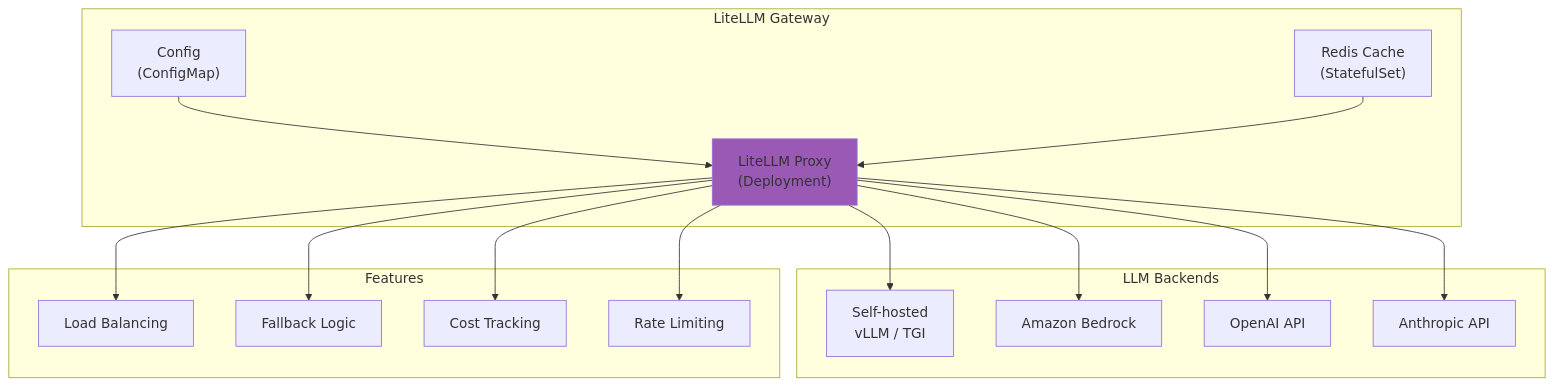
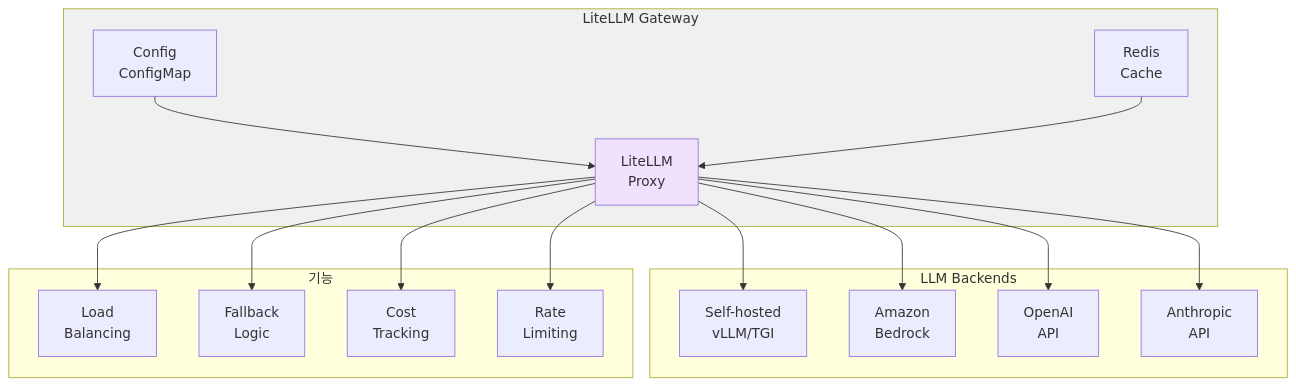
Before and after one commit to devfloor9/engineering-playbook: diagram 12 of 16 in docs/agentic-ai-platform/design-architecture/agentic-ai-challenges.md, drawn with Mermaid. The commit also changed other lines of this file and 24 other files, not shown here.

````diff
--- a/docs/agentic-ai-platform/design-architecture/agentic-ai-challenges.md
+++ b/docs/agentic-ai-platform/design-architecture/agentic-ai-challenges.md
@@ -600,29 +623,36 @@
 ```mermaid
-graph TB
-    subgraph "LiteLLM Gateway"
-        PROXY["LiteLLM Proxy<br/>(Deployment)"]
-        CONFIG["Config<br/>(ConfigMap)"]
-        CACHE["Redis Cache<br/>(StatefulSet)"]
+flowchart TD
+    subgraph Gateway["LiteLLM Gateway"]
+        PROXY["LiteLLM<br/>Proxy"]
+        CONFIG["Config<br/>ConfigMap"]
+        CACHE["Redis<br/>Cache"]
     end
 
-    subgraph "LLM Backends"
-        SELF["Self-hosted<br/>vLLM / TGI"]
-        BEDROCK["Amazon Bedrock"]
-        OPENAI["OpenAI API"]
-        ANTHROPIC["Anthropic API"]
+    subgraph Backends["LLM Backends"]
+        SELF["Self-hosted<br/>vLLM/TGI"]
+        BEDROCK["Amazon<br/>Bedrock"]
+        OPENAI["OpenAI<br/>API"]
+        ANTHROPIC["Anthropic<br/>API"]
     end
 
-    subgraph "Features"
-        LB["Load Balancing"]
-        FALLBACK["Fallback Logic"]
-        COST["Cost Tracking"]
-        RATE["Rate Limiting"]
+    subgraph Features["기능"]
+        LB["Load<br/>Balancing"]
+        FALLBACK["Fallback<br/>Logic"]
+        COST["Cost<br/>Tracking"]
+        RATE["Rate<br/>Limiting"]
     end
 
-    PROXY --> SELF & BEDROCK & OPENAI & ANTHROPIC
     CONFIG --> PROXY
     CACHE --> PROXY
-    PROXY --> LB & FALLBACK & COST & RATE
+    PROXY --> SELF
+    PROXY --> BEDROCK
+    PROXY --> OPENAI
+    PROXY --> ANTHROPIC
+    PROXY --> LB
+    PROXY --> FALLBACK
+    PROXY --> COST
+    PROXY --> RATE
 
-    style PROXY fill:#9b59b6
+    style PROXY fill:#f0e1ff
+    style Gateway fill:#f0f0f0
 ```
````
